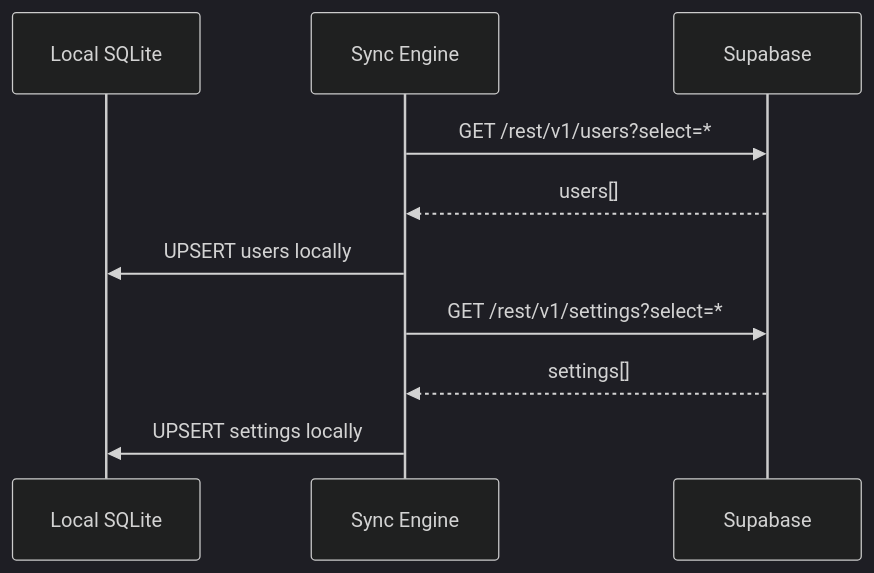
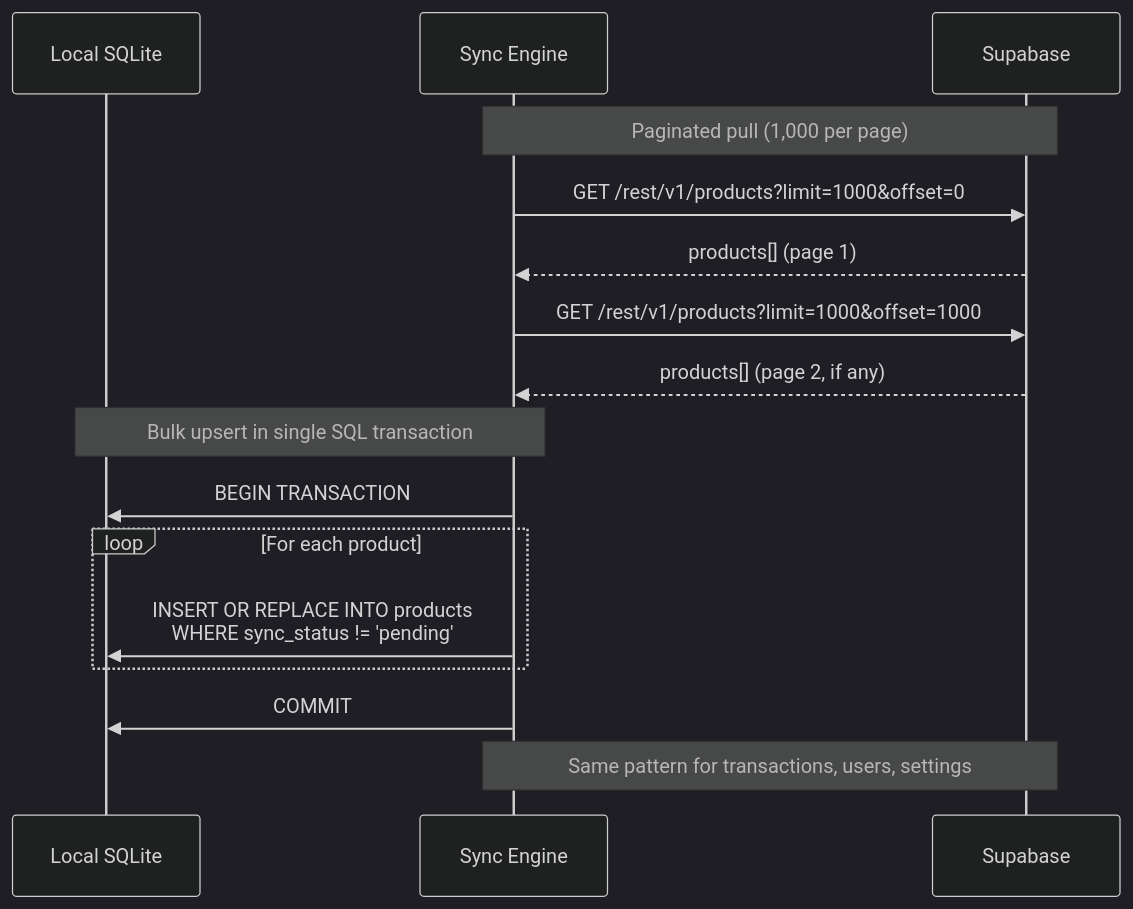
Before and after one commit to BootlegYouki/at-iba-pa-pos: the fifth of 9 diagrams in docs/05-cloud-sync.md, drawn with Mermaid (dark theme). The commit also changed other lines of this file and 4 other files, not shown here.

First line of the commit message:
docs: add performance optimizations, update cloud sync to runtime config

````diff
--- a/docs/05-cloud-sync.md
+++ b/docs/05-cloud-sync.md
@@ -127,14 +153,21 @@
 ```mermaid
 sequenceDiagram
     participant Local as Local SQLite
     participant Sync as Sync Engine
     participant Cloud as Supabase
 
-    Sync->>Cloud: GET /rest/v1/users?select=*
-    Cloud-->>Sync: users[]
-    Sync->>Local: UPSERT users locally
+    Note over Sync,Cloud: Paginated pull (1,000 per page)
+    Sync->>Cloud: GET /rest/v1/products?limit=1000&offset=0
+    Cloud-->>Sync: products[] (page 1)
+    Sync->>Cloud: GET /rest/v1/products?limit=1000&offset=1000
+    Cloud-->>Sync: products[] (page 2, if any)
     
-    Sync->>Cloud: GET /rest/v1/settings?select=*
-    Cloud-->>Sync: settings[]
-    Sync->>Local: UPSERT settings locally
+    Note over Sync,Local: Bulk upsert in single SQL transaction
+    Sync->>Local: BEGIN TRANSACTION
+    loop For each product
+        Sync->>Local: INSERT OR REPLACE INTO products<br/>WHERE sync_status != 'pending'
+    end
+    Sync->>Local: COMMIT
+
+    Note over Sync,Cloud: Same pattern for transactions, users, settings
 ```
````
